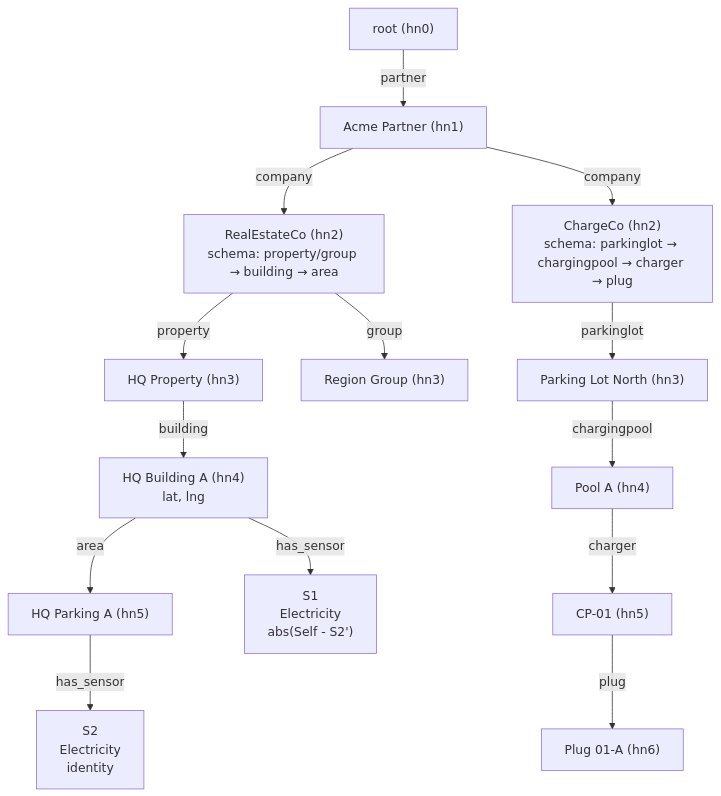
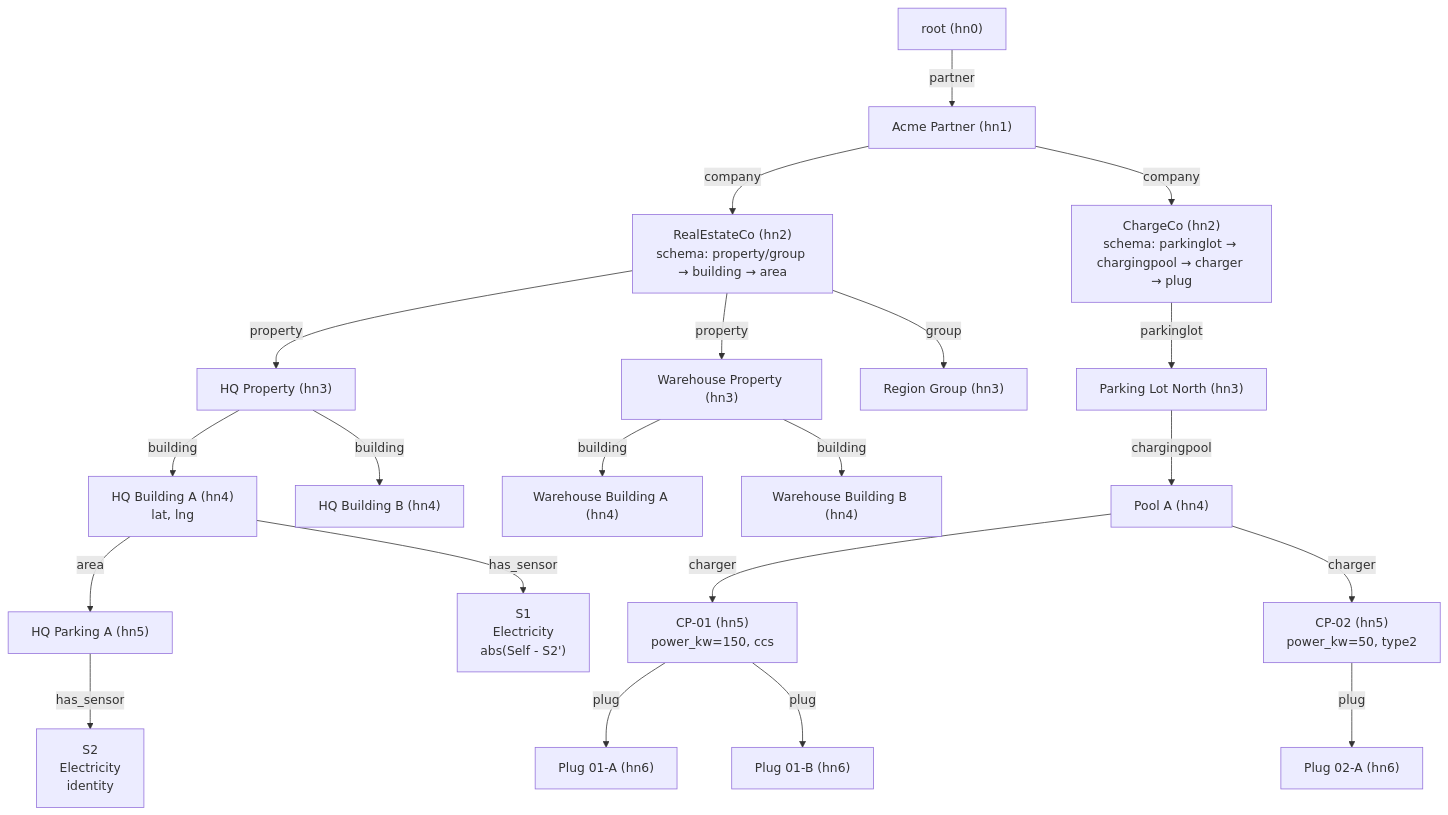
The first of 3 diagrams in docs/hierarchy-and-sensors.md (surt666/ems_rust), drawn with Mermaid before and after one commit. The commit also changed other lines of this file, not shown here.

````diff
--- a/docs/hierarchy-and-sensors.md
+++ b/docs/hierarchy-and-sensors.md
@@ -113,19 +113,26 @@
 ```mermaid
 graph TD
   root["root (hn0)"] -->|partner| P["Acme Partner (hn1)"]
   P -->|company| RE["RealEstateCo (hn2)<br/>schema: property/group → building → area"]
   P -->|company| CP["ChargeCo (hn2)<br/>schema: parkinglot → chargingpool → charger → plug"]
 
   RE -->|property| HQ["HQ Property (hn3)"]
+  RE -->|property| WH["Warehouse Property (hn3)"]
   RE -->|group| RG["Region Group (hn3)"]
   HQ -->|building| HBA["HQ Building A (hn4)<br/>lat, lng"]
+  HQ -->|building| HBB["HQ Building B (hn4)"]
+  WH -->|building| WBA["Warehouse Building A (hn4)"]
+  WH -->|building| WBB["Warehouse Building B (hn4)"]
   HBA -->|area| AREA["HQ Parking A (hn5)"]
 
   HBA -->|has_sensor| S1["S1<br/>Electricity<br/>abs(Self - S2')"]
   AREA -->|has_sensor| S2["S2<br/>Electricity<br/>identity"]
 
   CP -->|parkinglot| LOT["Parking Lot North (hn3)"]
   LOT -->|chargingpool| POOL["Pool A (hn4)"]
-  POOL -->|charger| C1["CP-01 (hn5)"]
+  POOL -->|charger| C1["CP-01 (hn5)<br/>power_kw=150, ccs"]
+  POOL -->|charger| C2["CP-02 (hn5)<br/>power_kw=50, type2"]
   C1 -->|plug| P1A["Plug 01-A (hn6)"]
+  C1 -->|plug| P1B["Plug 01-B (hn6)"]
+  C2 -->|plug| P2A["Plug 02-A (hn6)"]
 ```
````
